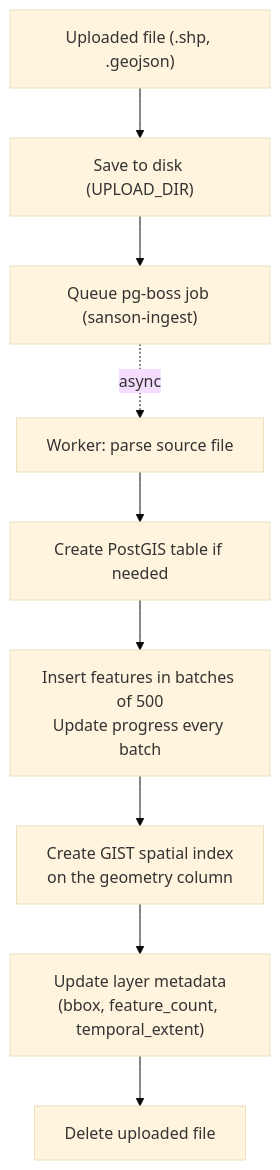
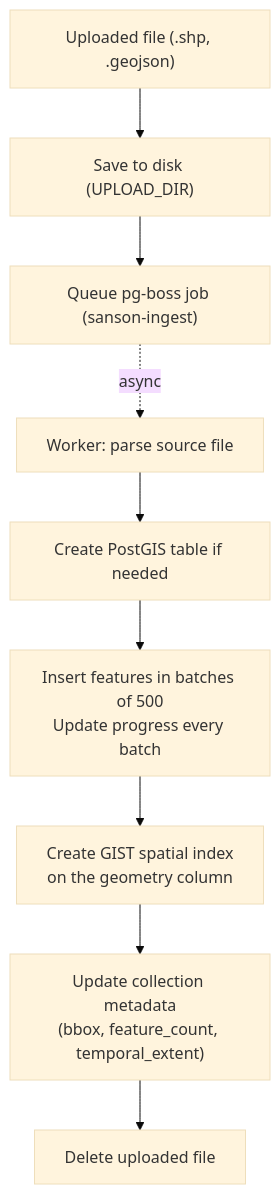
One commit to sebprunier/sanson changed the second of 2 diagrams in SPECS.md. Above: the diagram before and after it, drawn with Mermaid (base theme). The commit also changed other lines of this file and 37 other files, not shown here.

First line of the commit message:
rename Layer → Collection across the entire codebase

````diff
--- a/SPECS.md
+++ b/SPECS.md
@@ -163,15 +163,15 @@
 ```mermaid
 flowchart TD
     Upload["Uploaded file (.shp, .geojson)"]
     Save["Save to disk (UPLOAD_DIR)"]
     Queue["Queue pg-boss job (sanson-ingest)"]
     Parse["Worker: parse source file"]
     Table["Create PostGIS table if needed"]
     Insert["Insert features in batches of 500<br/>Update progress every batch"]
     Index["Create GIST spatial index<br/>on the geometry column"]
-    Metadata["Update layer metadata<br/>(bbox, feature_count, temporal_extent)"]
+    Metadata["Update collection metadata<br/>(bbox, feature_count, temporal_extent)"]
     Cleanup["Delete uploaded file"]
 
     Upload --> Save --> Queue
     Queue -.->|async| Parse --> Table --> Insert --> Index --> Metadata --> Cleanup
 ```
````
